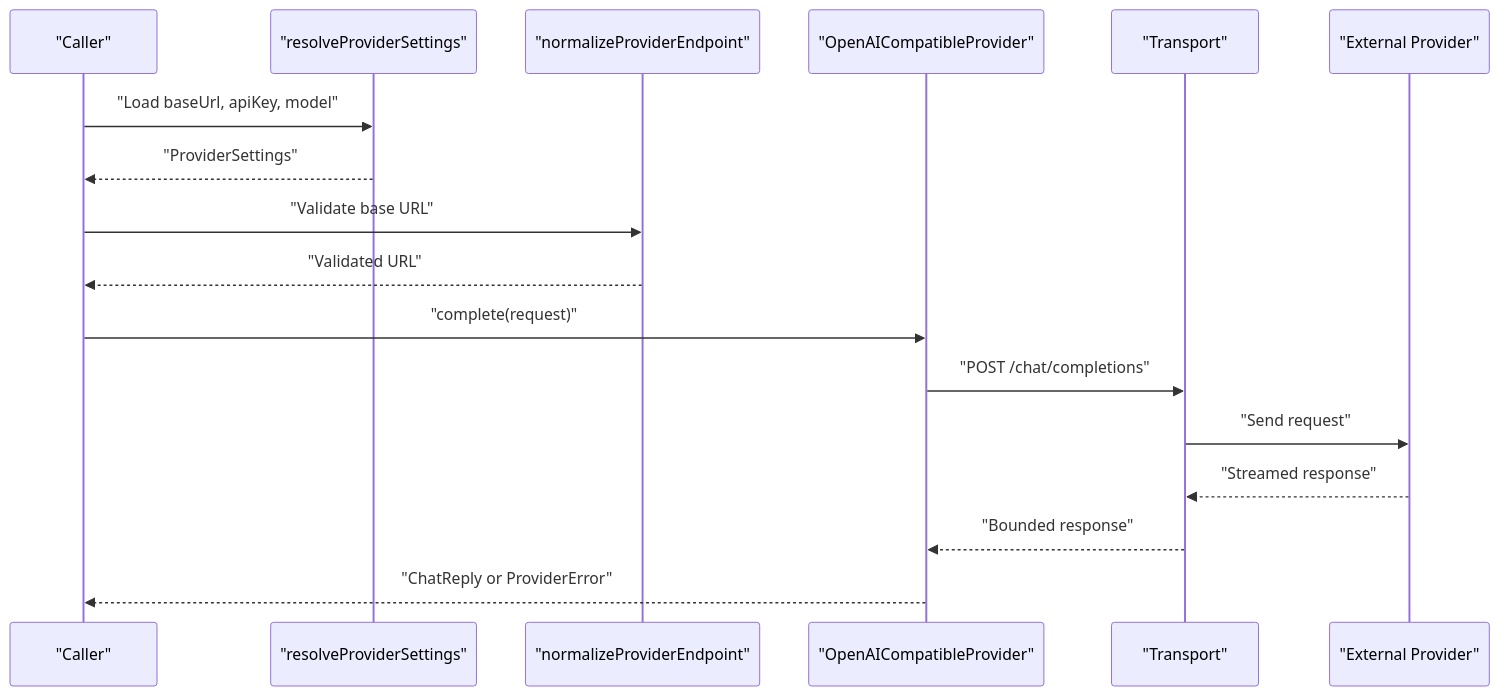
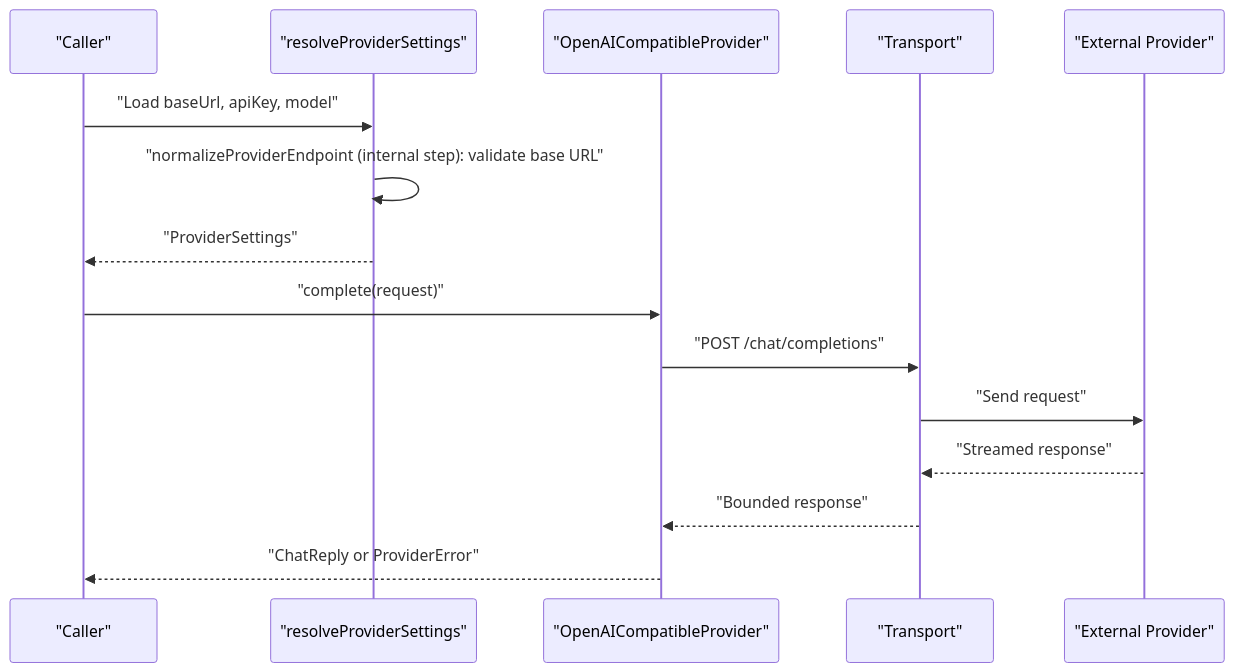
One commit to Kuldeep2822k/palee-architecture changed the fifth of 9 diagrams in Architecture Decision Records/AI Integration and Phase 2 Design.md. Above: the diagram before and after it, drawn with Mermaid. The commit also changed other lines of this file and 8 other files, not shown here.

Commit message:
docs(adr): fix lifecycle statuses, stale-temp order and planning diagrams

````diff
--- a/Architecture Decision Records/AI Integration and Phase 2 Design.md
+++ b/Architecture Decision Records/AI Integration and Phase 2 Design.md
@@ -210,20 +211,18 @@
 ```mermaid
 sequenceDiagram
     participant Caller as "Caller"
     participant Settings as "resolveProviderSettings"
-    participant Validator as "normalizeProviderEndpoint"
     participant Provider as "OpenAICompatibleProvider"
     participant Transport as "Transport"
     participant ProviderService as "External Provider"
 
     Caller->>Settings: "Load baseUrl, apiKey, model"
+    Settings->>Settings: "normalizeProviderEndpoint (internal step): validate base URL"
     Settings-->>Caller: "ProviderSettings"
-    Caller->>Validator: "Validate base URL"
-    Validator-->>Caller: "Validated URL"
     Caller->>Provider: "complete(request)"
     Provider->>Transport: "POST /chat/completions"
     Transport->>ProviderService: "Send request"
     ProviderService-->>Transport: "Streamed response"
     Transport-->>Provider: "Bounded response"
     Provider-->>Caller: "ChatReply or ProviderError"
 ```
````
